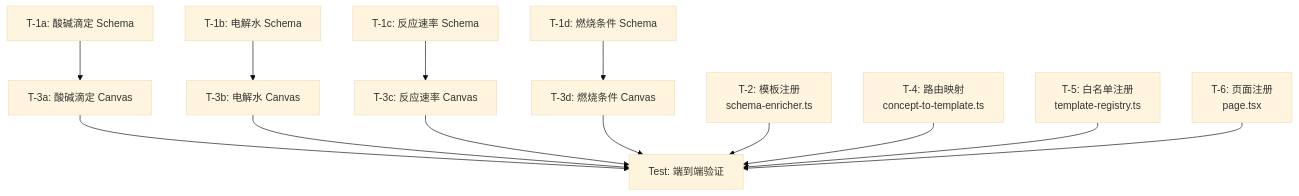
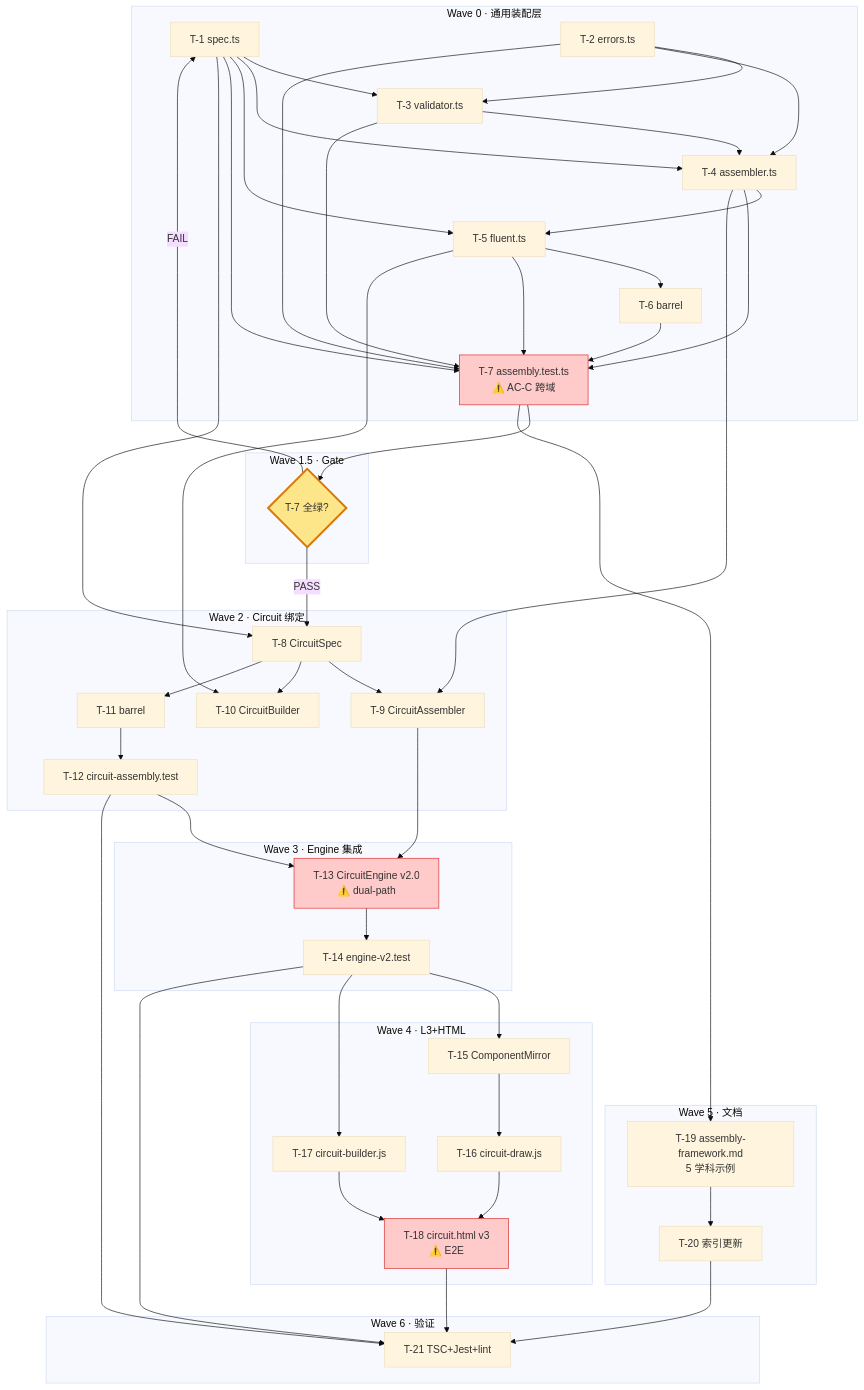
One commit to kenGH12345/EGPSpace changed the diagram in output/execution-plan.md. Above: the diagram before and after it, drawn with Mermaid (base theme). The commit also changed other lines of this file and 60 other files, not shown here.

First line of the commit message:
feat(assembly): 装配层框架化 + 电路 v3-component 集成

````diff
--- a/output/execution-plan.md
+++ b/output/execution-plan.md
@@ -41,17 +149,78 @@
 ```mermaid
-graph TD
-    T1a[T-1a: 酸碱滴定 Schema] --> T3a[T-3a: 酸碱滴定 Canvas]
-    T1b[T-1b: 电解水 Schema] --> T3b[T-3b: 电解水 Canvas]
-    T1c[T-1c: 反应速率 Schema] --> T3c[T-3c: 反应速率 Canvas]
-    T1d[T-1d: 燃烧条件 Schema] --> T3d[T-3d: 燃烧条件 Canvas]
+flowchart TB
+    subgraph Wave0["Wave 0 · 通用装配层"]
+        T1[T-1 spec.ts]
+        T2[T-2 errors.ts]
+        T3[T-3 validator.ts]
+        T4[T-4 assembler.ts]
+        T5[T-5 fluent.ts]
+        T6[T-6 barrel]
+        T7[T-7 assembly.test.ts<br/>⚠️ AC-C 跨域]
+    end
 
-    T3a --> T7[Test: 端到端验证]
-    T3b --> T7
-    T3c --> T7
-    T3d --> T7
+    subgraph W15["Wave 1.5 · Gate"]
+        GATE{T-7 全绿?}
+    end
 
-    T2[T-2: 模板注册<br/>schema-enricher.ts] --> T7
-    T4[T-4: 路由映射<br/>concept-to-template.ts] --> T7
-    T5[T-5: 白名单注册<br/>template-registry.ts] --> T7
-    T6[T-6: 页面注册<br/>page.tsx] --> T7
+    subgraph Wave2["Wave 2 · Circuit 绑定"]
+        T8[T-8 CircuitSpec]
+        T9[T-9 CircuitAssembler]
+        T10[T-10 CircuitBuilder]
+        T11[T-11 barrel]
+        T12[T-12 circuit-assembly.test]
+    end
+
+    subgraph Wave3["Wave 3 · Engine 集成"]
+        T13[T-13 CircuitEngine v2.0<br/>⚠️ dual-path]
+        T14[T-14 engine-v2.test]
+    end
+
+    subgraph Wave4["Wave 4 · L3+HTML"]
+        T15[T-15 ComponentMirror]
+        T16[T-16 circuit-draw.js]
+        T17[T-17 circuit-builder.js]
+        T18[T-18 circuit.html v3<br/>⚠️ E2E]
+    end
+
+    subgraph Wave5["Wave 5 · 文档"]
+        T19[T-19 assembly-framework.md<br/>5 学科示例]
+        T20[T-20 索引更新]
+    end
+
+    subgraph Wave6["Wave 6 · 验证"]
+        T21[T-21 TSC+Jest+lint]
+    end
+
+    T1 --> T3 & T4 & T5
+    T2 --> T3 & T4
+    T3 --> T4
+    T4 --> T5
+    T5 --> T6
+    T1 & T2 & T3 & T4 & T5 & T6 --> T7
+
+    T7 --> GATE
+    GATE -->|PASS| T8
+    GATE -->|FAIL| T1
+
+    T1 --> T8
+    T4 --> T9
+    T5 --> T10
+    T8 --> T9 & T10 & T11
+    T11 --> T12
+    T9 & T12 --> T13
+    T13 --> T14
+
+    T14 --> T15 & T17
+    T15 --> T16
+    T16 & T17 --> T18
+
+    T7 --> T19
+    T19 --> T20
+
+    T12 & T14 & T18 & T20 --> T21
+
+    classDef high fill:#fecaca,stroke:#dc2626
+    classDef gate fill:#fde68a,stroke:#d97706,stroke-width:3px
+    class T7,T13,T18 high
+    class GATE gate
 ```
````
